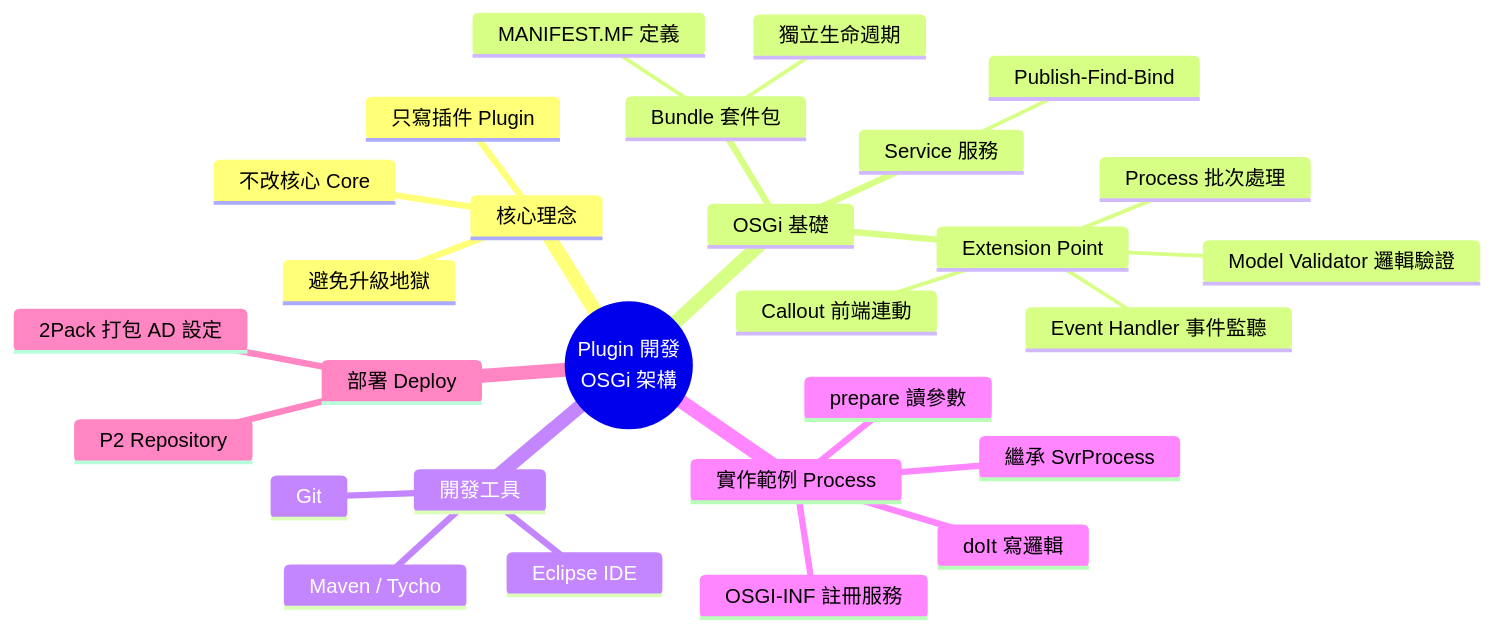
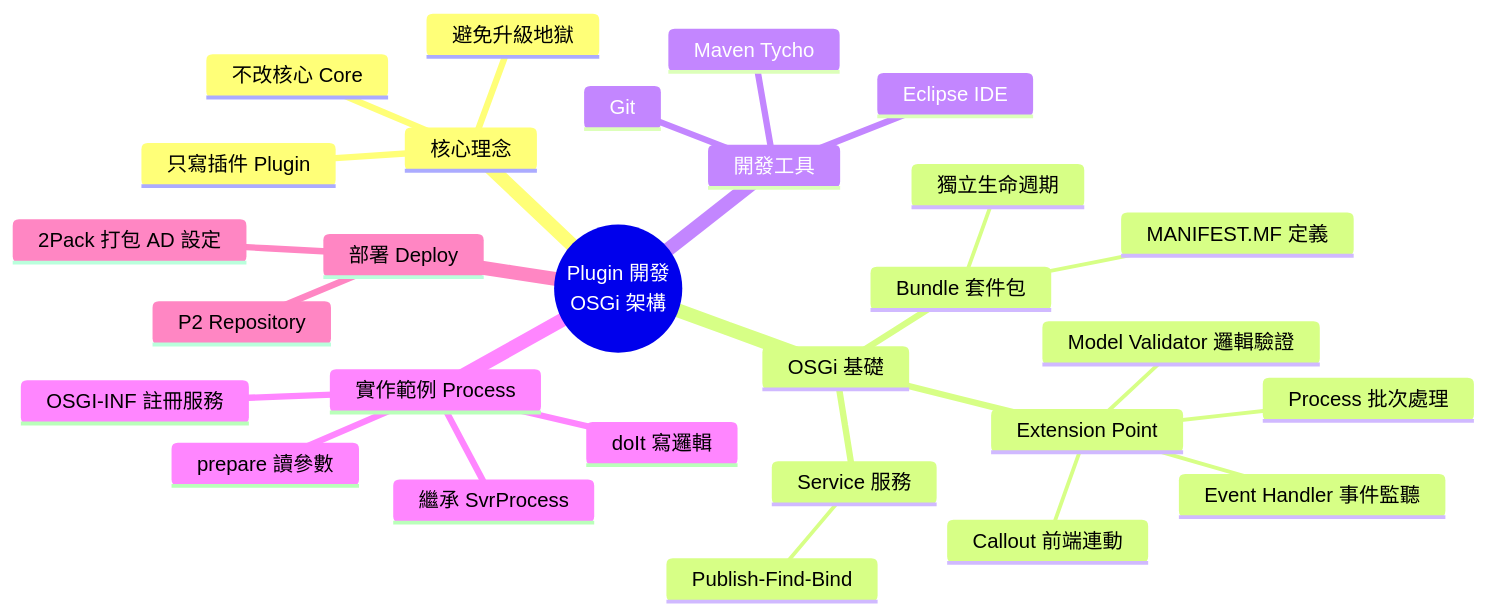
One commit to nczz/claw_notes changed diagram 13 of 15 in iDempiere_Notes.md. Above: the diagram before and after it, drawn with Mermaid. The commit also changed other lines of this file, not shown here.

Commit message:
Fix mermaid syntax: remove special chars / ~ > in sections 13-15

````diff
--- a/iDempiere_Notes.md
+++ b/iDempiere_Notes.md
@@ -876,31 +876,31 @@
 ```mermaid
 mindmap
   root((Plugin 開發<br/>OSGi 架構))
     核心理念
       不改核心 Core
       只寫插件 Plugin
       避免升級地獄
     OSGi 基礎
       Bundle 套件包
         獨立生命週期
         MANIFEST.MF 定義
       Service 服務
         Publish-Find-Bind
       Extension Point
         Model Validator 邏輯驗證
         Callout 前端連動
         Process 批次處理
         Event Handler 事件監聽
     開發工具
       Eclipse IDE
-      Maven / Tycho
+      Maven Tycho
       Git
     實作範例 Process
       繼承 SvrProcess
       prepare 讀參數
       doIt 寫邏輯
       OSGI-INF 註冊服務
     部署 Deploy
       2Pack 打包 AD 設定
       P2 Repository
 ```
````
